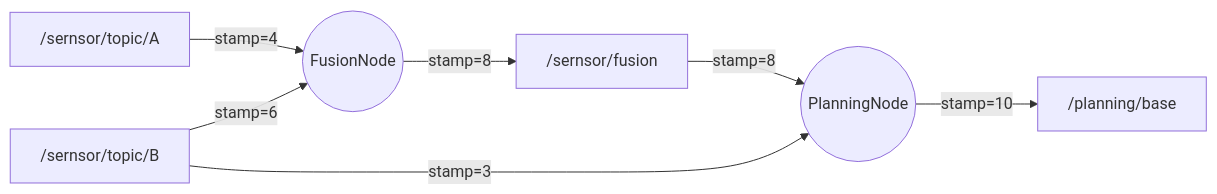
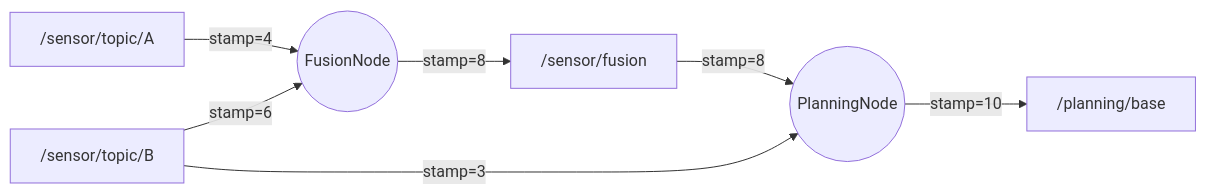
Before and after one commit to tier4/TILDE: the diagram in doc/usecase.md, drawn with Mermaid. The commit also changed other lines of this file and 6 other files, not shown here.

````diff
--- a/doc/usecase.md
+++ b/doc/usecase.md
@@ -33,9 +36,9 @@
 ```mermaid
 graph LR
-  /sernsor/topic/A --stamp=4--> FusionNode((FusionNode))
-  /sernsor/topic/B --stamp=6--> FusionNode
-  FusionNode --stamp=8-->/sernsor/fusion
-  /sernsor/fusion --stamp=8--> PlanningNode((PlanningNode))
-  /sernsor/topic/B --stamp=3--> PlanningNode
+  /sensor/topic/A --stamp=4--> FusionNode((FusionNode))
+  /sensor/topic/B --stamp=6--> FusionNode
+  FusionNode --stamp=8-->/sensor/fusion
+  /sensor/fusion --stamp=8--> PlanningNode((PlanningNode))
+  /sensor/topic/B --stamp=3--> PlanningNode
   PlanningNode --stamp=10-->/planning/base
 ```
````
